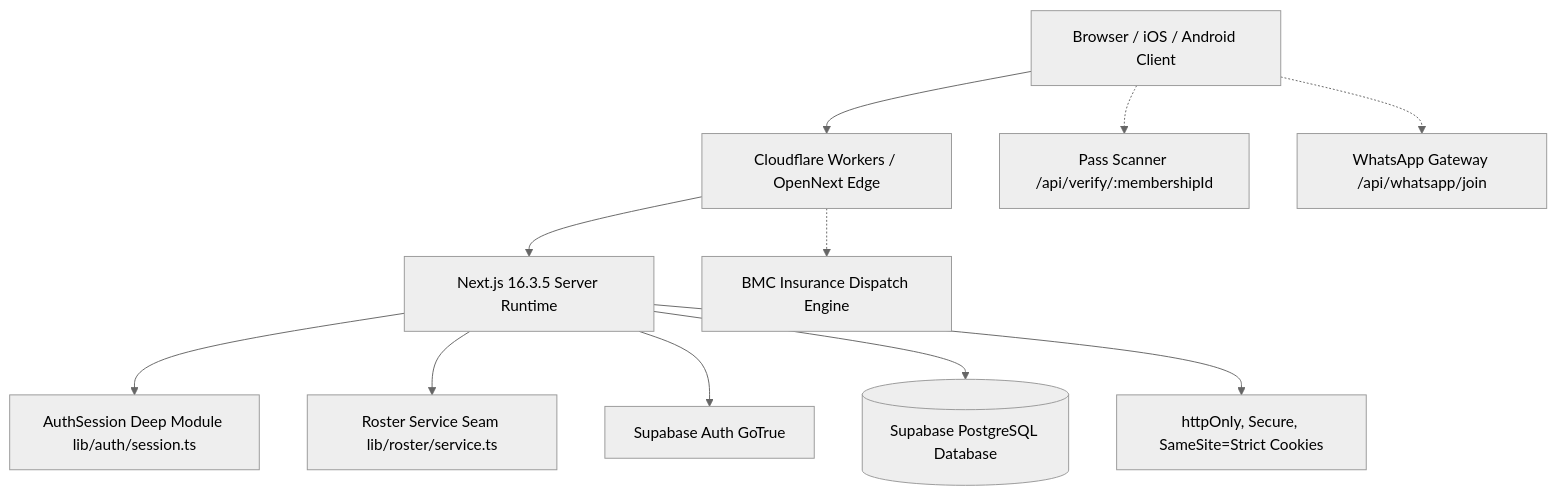
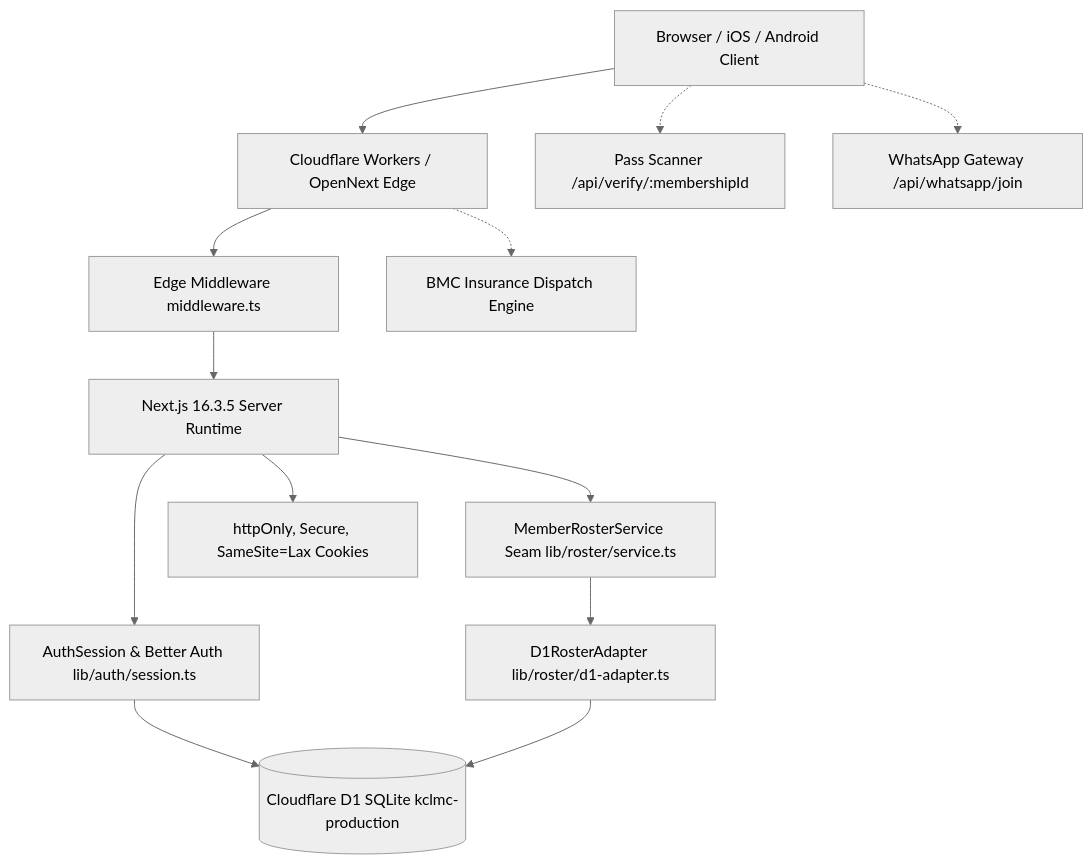
The diagram in SESSION_HANDOVER.md (RemTypes/kclmc-portal), drawn with Mermaid (neutral theme) before and after one commit. The commit also changed other lines of this file and 9 other files, not shown here.

Commit message:
docs(handover): synchronize architecture, handover, and ADRs with Cloudflare D1 migration

````diff
--- a/SESSION_HANDOVER.md
+++ b/SESSION_HANDOVER.md
@@ -65,13 +53,15 @@
 ```mermaid
 graph TD
     Client[Browser / iOS / Android Client] --> Edge[Cloudflare Workers / OpenNext Edge]
-    Edge --> SSR[Next.js 16.3.5 Server Runtime]
-    SSR --> AuthSession[AuthSession Deep Module lib/auth/session.ts]
-    SSR --> RosterService[Roster Service Seam lib/roster/service.ts]
-    SSR --> SupabaseAuth[Supabase Auth GoTrue]
-    SSR --> SupabaseDB[(Supabase PostgreSQL Database)]
-    SSR --> Cookies[httpOnly, Secure, SameSite=Strict Cookies]
+    Edge -->MW[Edge Middleware middleware.ts]
+    MW --> SSR[Next.js 16.3.5 Server Runtime]
+    SSR --> AuthSession[AuthSession & Better Auth lib/auth/session.ts]
+    SSR --> RosterService[MemberRosterService Seam lib/roster/service.ts]
+    RosterService --> D1Adapter[D1RosterAdapter lib/roster/d1-adapter.ts]
+    AuthSession --> D1[(Cloudflare D1 SQLite kclmc-production)]
+    D1Adapter --> D1
+    SSR --> Cookies[httpOnly, Secure, SameSite=Lax Cookies]
     Client -.-> Scanner[Pass Scanner /api/verify/:membershipId]
     Client -.-> WAGateway[WhatsApp Gateway /api/whatsapp/join]
     Edge -.-> BMCEngine[BMC Insurance Dispatch Engine]
 ```
````
